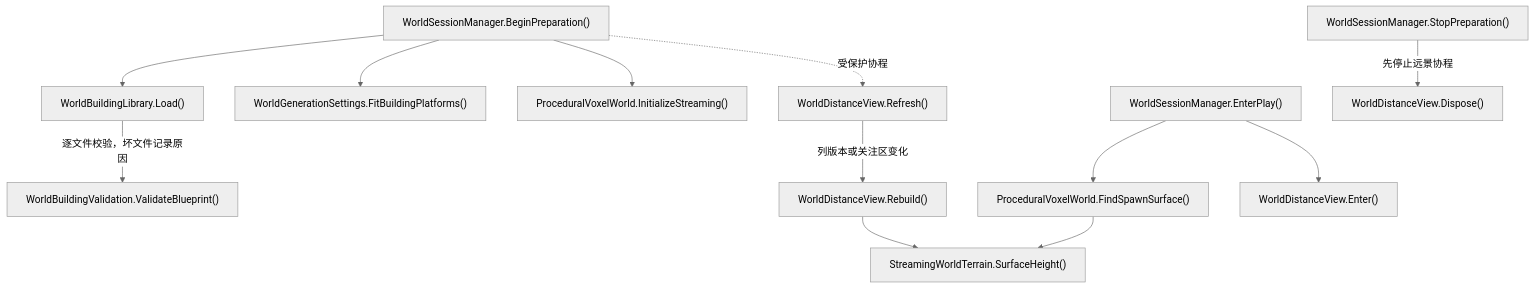
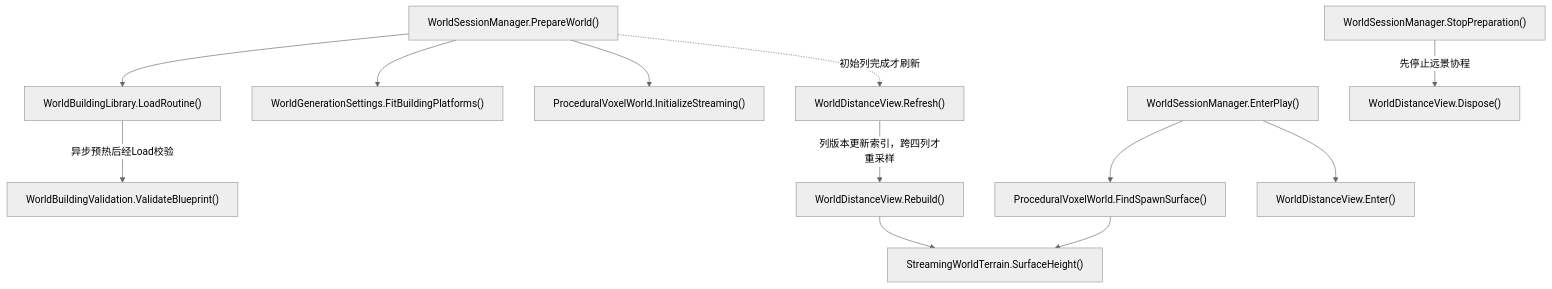
Diagram 13 of 20 in Docs/RuntimeFlow.md (kukudia/HY-Sandbox), drawn with Mermaid (neutral theme) before and after one commit. The commit also changed other lines of this file and 45 other files, not shown here.

````diff
--- a/Docs/RuntimeFlow.md
+++ b/Docs/RuntimeFlow.md
@@ -1280,40 +1297,40 @@
 ```mermaid
 flowchart TD
-    A["WorldSessionManager.BeginPreparation()"]
-    click A "../Assets/Scripts/Features/World/WorldSessionManager.cs#L77" "打开源码"
-    B["WorldBuildingLibrary.Load()"]
-    click B "../Assets/Scripts/Features/World/WorldBuildingLibrary.cs#L19" "打开源码"
+    A["WorldSessionManager.PrepareWorld()"]
+    click A "../Assets/Scripts/Features/World/WorldSessionManager.cs#L118" "打开源码"
+    B["WorldBuildingLibrary.LoadRoutine()"]
+    click B "../Assets/Scripts/Features/World/WorldBuildingLibrary.cs#L24" "打开源码"
     C["WorldBuildingValidation.ValidateBlueprint()"]
     click C "../Assets/Scripts/Features/World/WorldBuildingValidation.cs#L11" "打开源码"
     D["WorldGenerationSettings.FitBuildingPlatforms()"]
-    click D "../Assets/Scripts/Features/World/WorldGenerationSettings.cs#L51" "打开源码"
+    click D "../Assets/Scripts/Features/World/WorldGenerationSettings.cs#L54" "打开源码"
     E["ProceduralVoxelWorld.InitializeStreaming()"]
     click E "../Assets/Scripts/Features/World/ProceduralVoxelWorld.cs#L175" "打开源码"
     F["WorldDistanceView.Refresh()"]
-    click F "../Assets/Scripts/Features/World/WorldDistanceView.cs#L49" "打开源码"
+    click F "../Assets/Scripts/Features/World/WorldDistanceView.cs#L63" "打开源码"
     G["WorldDistanceView.Rebuild()"]
-    click G "../Assets/Scripts/Features/World/WorldDistanceView.cs#L73" "打开源码"
+    click G "../Assets/Scripts/Features/World/WorldDistanceView.cs#L87" "打开源码"
     H["StreamingWorldTerrain.SurfaceHeight()"]
-    click H "../Assets/Scripts/Features/World/StreamingWorldTerrain.cs#L23" "打开源码"
+    click H "../Assets/Scripts/Features/World/StreamingWorldTerrain.cs#L24" "打开源码"
     I["WorldSessionManager.EnterPlay()"]
-    click I "../Assets/Scripts/Features/World/WorldSessionManager.cs#L182" "打开源码"
+    click I "../Assets/Scripts/Features/World/WorldSessionManager.cs#L224" "打开源码"
     J["ProceduralVoxelWorld.FindSpawnSurface()"]
     click J "../Assets/Scripts/Features/World/ProceduralVoxelWorld.cs#L49" "打开源码"
     K["WorldDistanceView.Enter()"]
-    click K "../Assets/Scripts/Features/World/WorldDistanceView.cs#L180" "打开源码"
+    click K "../Assets/Scripts/Features/World/WorldDistanceView.cs#L205" "打开源码"
     L["WorldSessionManager.StopPreparation()"]
-    click L "../Assets/Scripts/Features/World/WorldSessionManager.cs#L371" "打开源码"
+    click L "../Assets/Scripts/Features/World/WorldSessionManager.cs#L473" "打开源码"
     M["WorldDistanceView.Dispose()"]
-    click M "../Assets/Scripts/Features/World/WorldDistanceView.cs#L207" "打开源码"
+    click M "../Assets/Scripts/Features/World/WorldDistanceView.cs#L232" "打开源码"
     A --> B
-    B -->|逐文件校验，坏文件记录原因| C
+    B -->|异步预热后经Load校验| C
     A --> D
     A --> E
-    A -.->|受保护协程| F
-    F -->|列版本或关注区变化| G
+    A -.->|初始列完成才刷新| F
+    F -->|列版本更新索引，跨四列才重采样| G
     G --> H
     I --> J
     J --> H
     I --> K
     L -->|先停止远景协程| M
 ```
````
